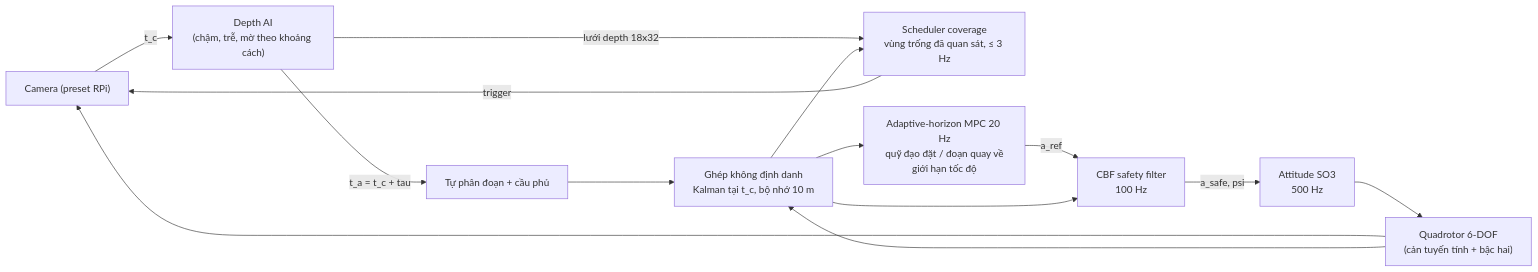
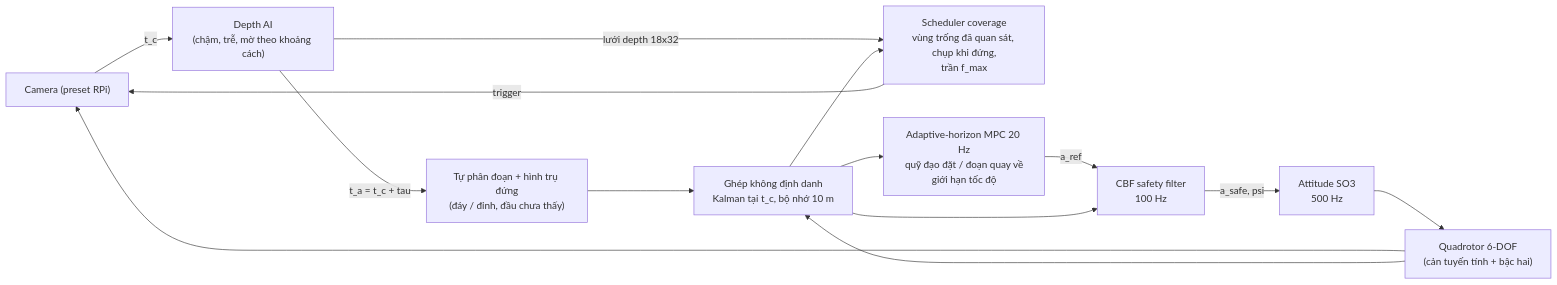
One commit to nxbnxb1/project1 changed the diagram in README.md. Above: the diagram before and after it, drawn with Mermaid. The commit also changed other lines of this file and 144 other files, not shown here.

````diff
--- a/README.md
+++ b/README.md
@@ -61,16 +70,16 @@
 ```mermaid
 flowchart LR
   CAM["Camera (preset RPi)"] -->|t_c| AI["Depth AI<br/>(chậm, trễ, mờ theo khoảng cách)"]
-  AI -->|t_a = t_c + tau| EX["Tự phân đoạn + cầu phủ"]
+  AI -->|t_a = t_c + tau| EX["Tự phân đoạn + hình trụ đứng<br/>(đáy / đỉnh, đầu chưa thấy)"]
   AI -->|lưới depth 18x32| SCH
   EX --> KF["Ghép không định danh<br/>Kalman tại t_c, bộ nhớ 10 m"]
-  KF --> SCH["Scheduler coverage<br/>vùng trống đã quan sát, ≤ 3 Hz"]
+  KF --> SCH["Scheduler coverage<br/>vùng trống đã quan sát, chụp khi đứng,<br/>trần f_max"]
   SCH -->|trigger| CAM
   KF --> MPC["Adaptive-horizon MPC 20 Hz<br/>quỹ đạo đặt / đoạn quay về<br/>giới hạn tốc độ"]
   MPC -->|a_ref| CBF["CBF safety filter<br/>100 Hz"]
   KF --> CBF
   CBF -->|a_safe, psi| ATT["Attitude SO3<br/>500 Hz"]
   ATT --> PLANT["Quadrotor 6-DOF<br/>(cản tuyến tính + bậc hai)"]
   PLANT --> CAM
   PLANT --> KF
 ```
````
